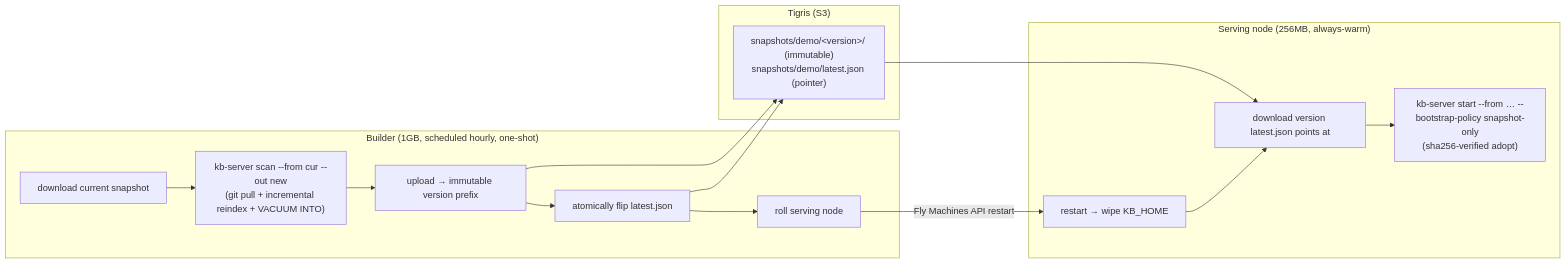
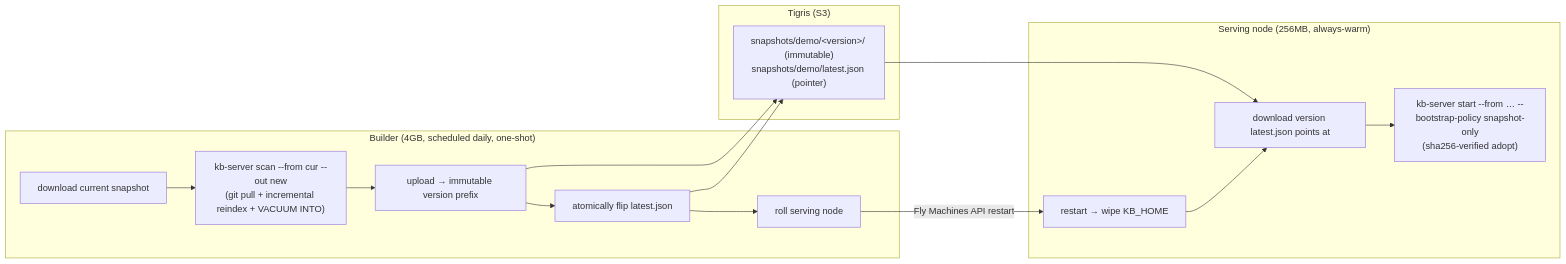
One commit to rosenjcb/kb changed the diagram in FLY_ORCHESTRATION.md. Above: the diagram before and after it, drawn with Mermaid. The commit also changed other lines of this file and 21 other files, not shown here.

````diff
--- a/FLY_ORCHESTRATION.md
+++ b/FLY_ORCHESTRATION.md
@@ -28,24 +49,24 @@
 ```mermaid
 flowchart LR
-  subgraph B ["Builder (1GB, scheduled hourly, one-shot)"]
+  subgraph B ["Builder (4GB, scheduled daily, one-shot)"]
     B1["download current snapshot"]
     B2["kb-server scan --from cur --out new<br/>(git pull + incremental reindex + VACUUM INTO)"]
     B3["upload → immutable version prefix"]
     B4["atomically flip latest.json"]
     B5["roll serving node"]
     B1 --> B2 --> B3 --> B4 --> B5
   end
   subgraph T ["Tigris (S3)"]
     P["snapshots/demo/&lt;version&gt;/ (immutable)<br/>snapshots/demo/latest.json (pointer)"]
   end
   subgraph S ["Serving node (256MB, always-warm)"]
     S1["restart → wipe KB_HOME"]
     S2["download version latest.json points at"]
     S3["kb-server start --from … --bootstrap-policy snapshot-only<br/>(sha256-verified adopt)"]
     S1 --> S2 --> S3
   end
   B3 --> P
   B4 --> P
   B5 -->|Fly Machines API restart| S1
   P --> S2
 ```
````
